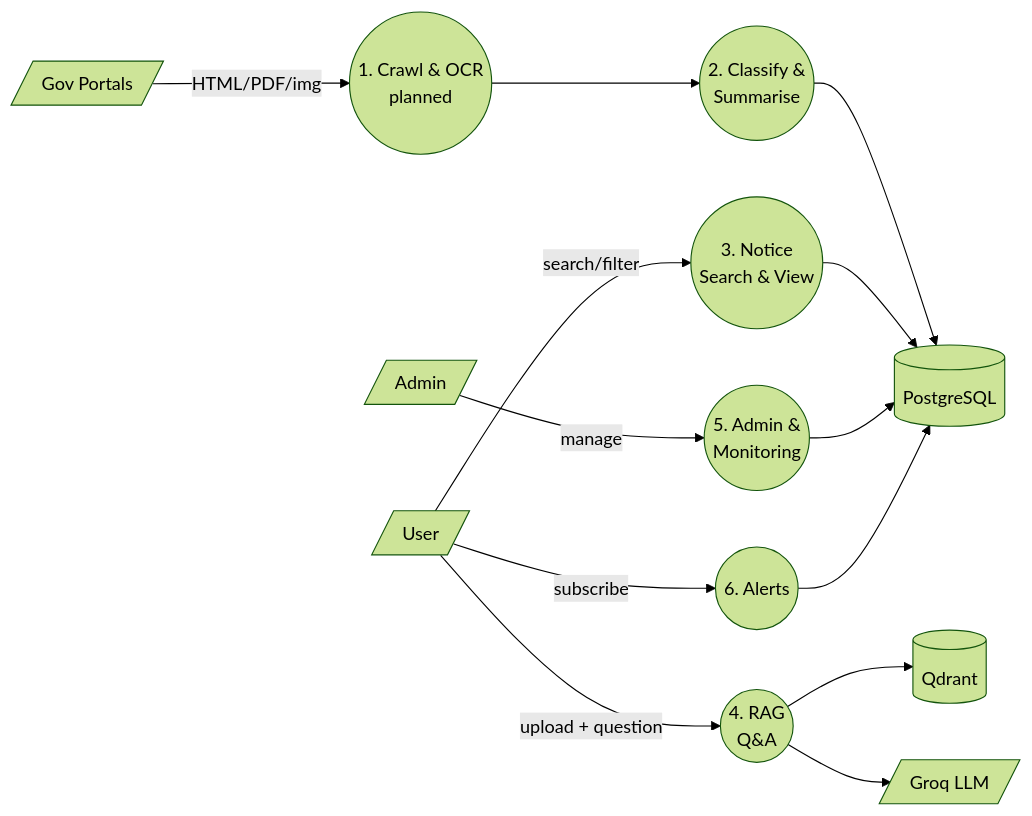
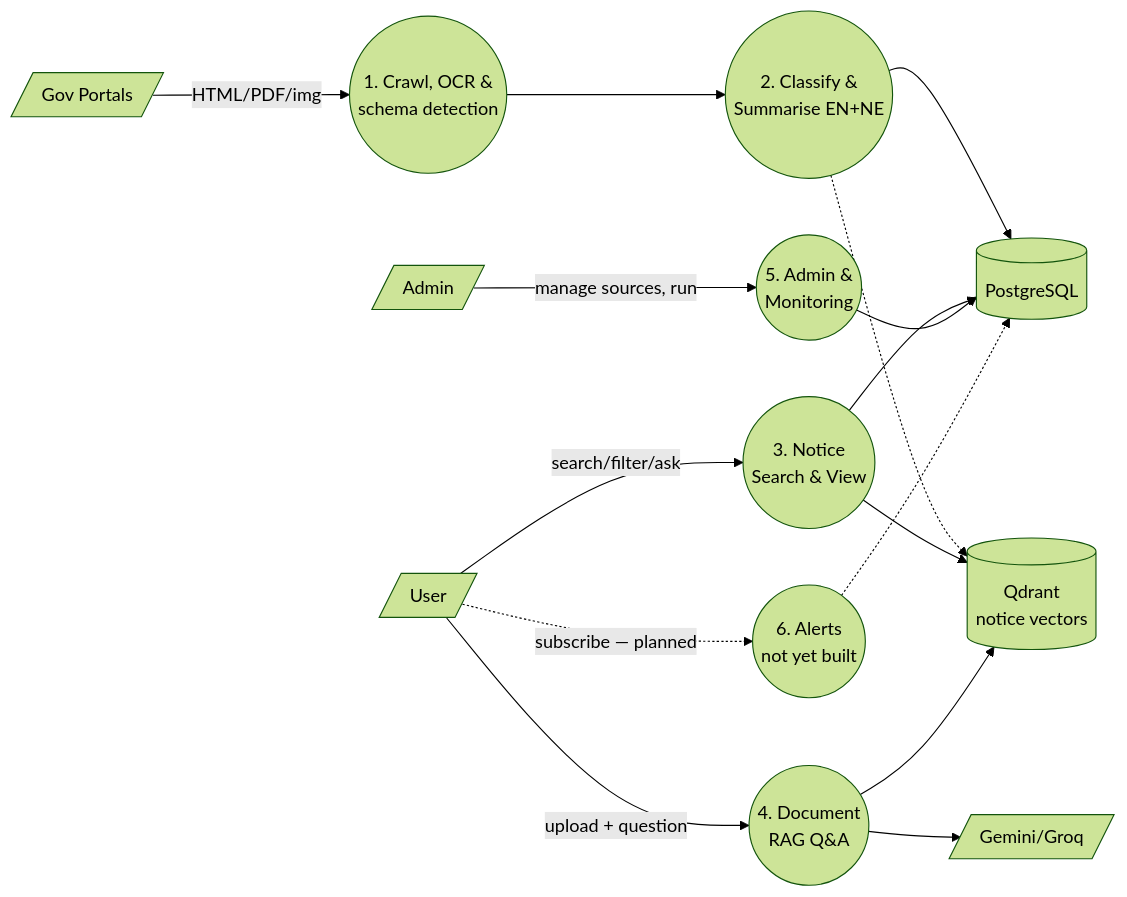
Before and after one commit to ashokabbhattaraii/public-notice-management-system-for-nepal: the fourth of 15 diagrams in docs/THESIS_TOC.md, drawn with Mermaid (forest theme). The commit also changed other lines of this file and 89 other files, not shown here.

````diff
--- a/docs/THESIS_TOC.md
+++ b/docs/THESIS_TOC.md
@@ -540,15 +586,17 @@
 ```mermaid
 flowchart LR
-    GOV[/"Gov Portals"/] -->|HTML/PDF/img| P1((1. Crawl & OCR<br/>planned))
-    P1 --> P2((2. Classify &<br/>Summarise))
+    GOV[/"Gov Portals"/] -->|HTML/PDF/img| P1((1. Crawl, OCR &<br/>schema detection))
+    P1 --> P2((2. Classify &<br/>Summarise EN+NE))
     P2 --> PG[(PostgreSQL)]
-    U[/"User"/] -->|search/filter| P3((3. Notice<br/>Search & View))
+    P2 -.-> QD[(Qdrant<br/>notice vectors)]
+    U[/"User"/] -->|search/filter/ask| P3((3. Notice<br/>Search & View))
     P3 --> PG
-    U -->|upload + question| P4((4. RAG<br/>Q&A))
-    P4 --> QD[(Qdrant)]
-    P4 --> GROQ[/"Groq LLM"/]
-    ADM[/"Admin"/] -->|manage| P5((5. Admin &<br/>Monitoring))
+    P3 --> QD
+    U -->|upload + question| P4((4. Document<br/>RAG Q&A))
+    P4 --> QD
+    P4 --> LLM[/"Gemini/Groq"/]
+    ADM[/"Admin"/] -->|manage sources, run| P5((5. Admin &<br/>Monitoring))
     P5 --> PG
-    U -->|subscribe| P6((6. Alerts))
-    P6 --> PG
+    U -.->|subscribe — planned| P6((6. Alerts<br/>not yet built))
+    P6 -.-> PG
 ```
````
